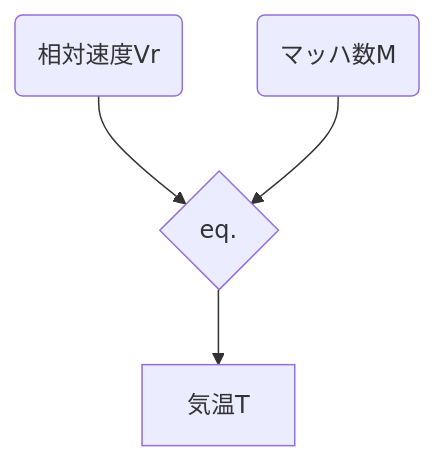
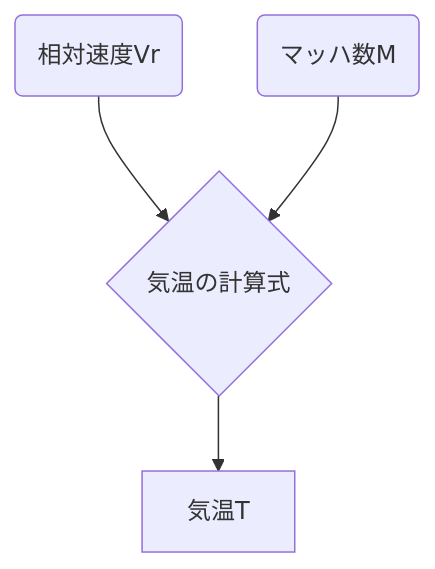
The diagram in aircraft/ads-b/README.md (nihsok/sdr), drawn with Mermaid before and after one commit. The commit also changed other lines of this file and 7 other files, not shown here.

````diff
--- a/aircraft/ads-b/README.md
+++ b/aircraft/ads-b/README.md
@@ -20,6 +21,6 @@
 ```mermaid
 flowchart TD
-  A(相対速度Vr) --> C{eq.}
+  A(相対速度Vr) --> C{気温の計算式}
   B(マッハ数M) --> C
   C --> D[気温T]
 ```
````
